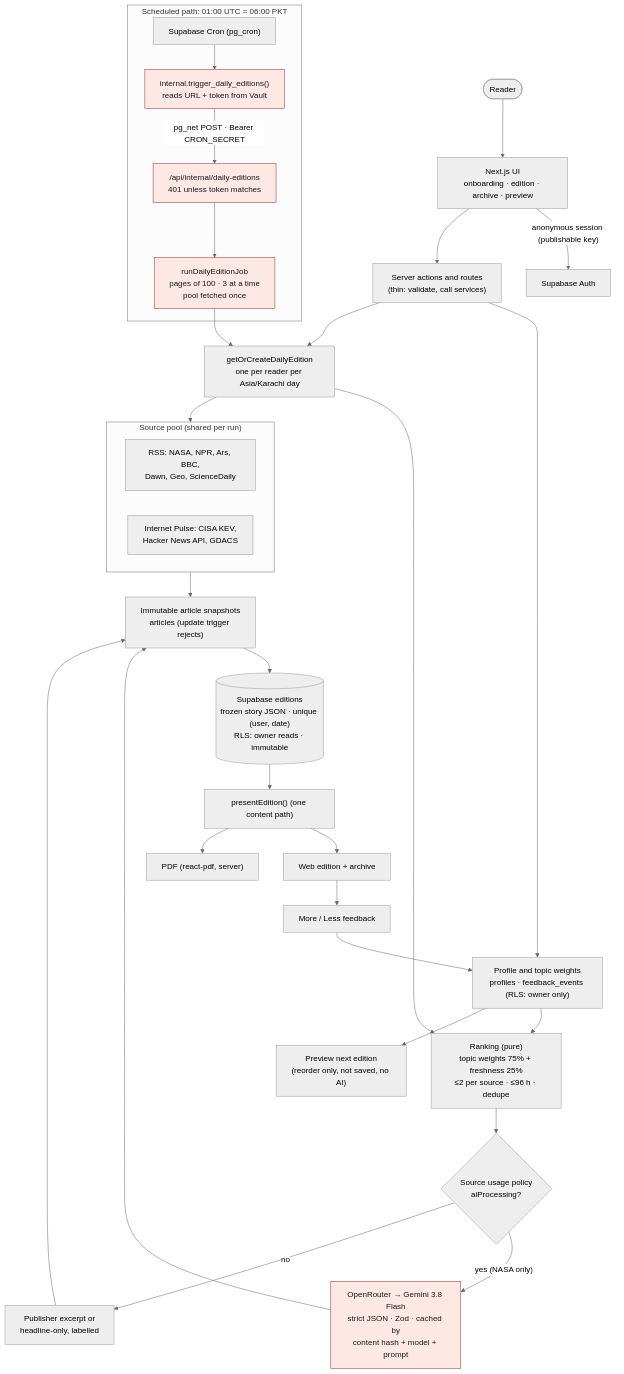
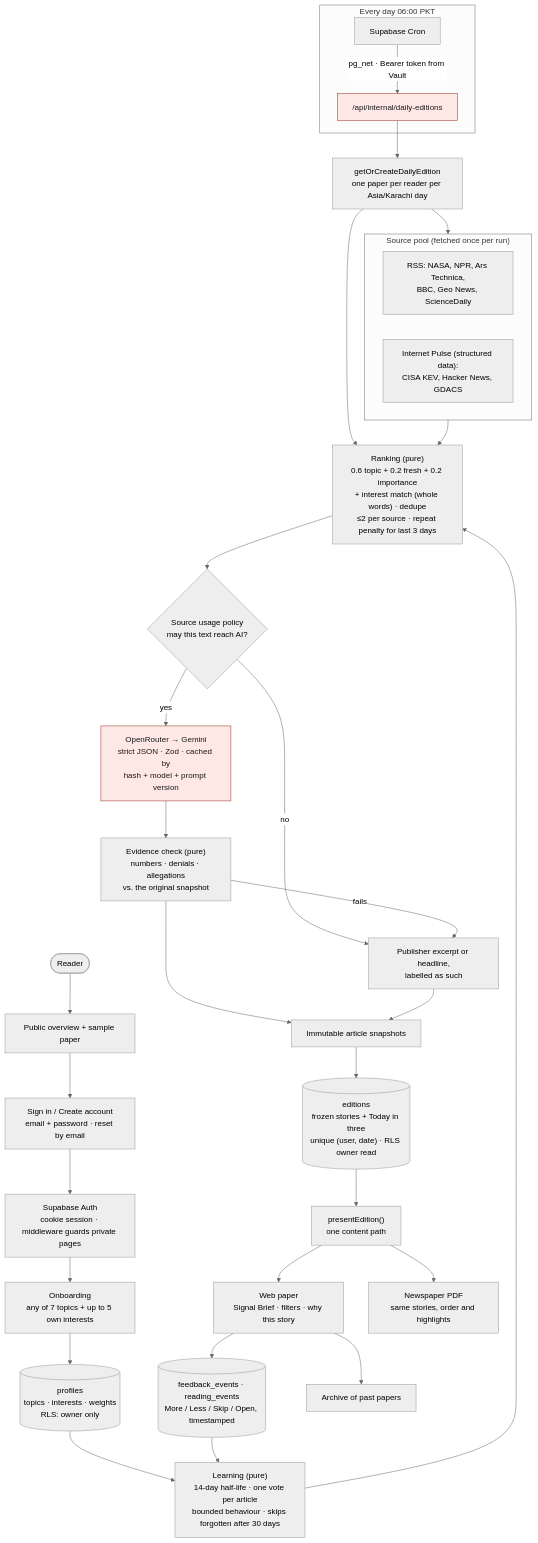
One commit to malisaqib/dayline changed the diagram in docs/architecture.md. Above: the diagram before and after it, drawn with Mermaid (neutral theme). The commit also changed other lines of this file and 3 other files, not shown here.

Commit message:
docs: update architecture, readme and loom script for the current product

````diff
--- a/docs/architecture.md
+++ b/docs/architecture.md
@@ -5,41 +5,41 @@
 ```mermaid
 flowchart TD
-    reader([Reader]) --> ui["Next.js UI<br/>onboarding · edition · archive · preview"]
-    ui -->|"anonymous session (publishable key)"| auth["Supabase Auth"]
-    ui --> actions["Server actions and routes<br/>(thin: validate, call services)"]
+    reader([Reader]) --> overview["Public overview + sample paper"]
+    overview --> signin["Sign in / Create account<br/>email + password · reset by email"]
+    signin --> auth["Supabase Auth<br/>cookie session · middleware guards private pages"]
+    auth --> onboarding["Onboarding<br/>any of 7 topics + up to 5 own interests"]
+    onboarding --> profile[("profiles<br/>topics · interests · weights<br/>RLS: owner only")]
 
-    actions --> profile["Profile and topic weights<br/>profiles · feedback_events (RLS: owner only)"]
-    actions --> gen["getOrCreateDailyEdition<br/>one per reader per Asia/Karachi day"]
-
-    subgraph sources["Source pool (shared per run)"]
-        rss["RSS: NASA, NPR, Ars, BBC,<br/>Dawn, Geo, ScienceDaily"]
-        pulse["Internet Pulse: CISA KEV,<br/>Hacker News API, GDACS"]
+    subgraph sources["Source pool (fetched once per run)"]
+        rss["RSS: NASA, NPR, Ars Technica,<br/>BBC, Geo News, ScienceDaily"]
+        pulse["Internet Pulse (structured data):<br/>CISA KEV, Hacker News, GDACS"]
     end
 
-    gen --> sources
-    gen --> rank["Ranking (pure)<br/>topic weights 75% + freshness 25%<br/>≤2 per source · ≤96 h · dedupe"]
-    profile --> rank
-    rank --> policy{"Source usage policy<br/>aiProcessing?"}
-    policy -->|"yes (NASA only)"| ai["OpenRouter → Gemini 3.8 Flash<br/>strict JSON · Zod · cached by<br/>content hash + model + prompt"]
-    policy -->|no| excerpt["Publisher excerpt or<br/>headline-only, labelled"]
-    ai --> snap
-    excerpt --> snap
-    sources --> snap["Immutable article snapshots<br/>articles (update trigger rejects)"]
-    snap --> editions[("Supabase editions<br/>frozen story JSON · unique (user, date)<br/>RLS: owner reads · immutable")]
-    editions --> present["presentEdition() (one content path)"]
-    present --> web["Web edition + archive"]
-    present --> pdf["PDF (react-pdf, server)"]
-    web --> fb["More / Less feedback"]
-    fb --> profile
-    profile --> preview["Preview next edition<br/>(reorder only, not saved, no AI)"]
+    gen["getOrCreateDailyEdition<br/>one paper per reader per Asia/Karachi day"] --> sources
+    profile --> learn
+    signals[("feedback_events · reading_events<br/>More / Less / Skip / Open, timestamped")] --> learn["Learning (pure)<br/>14-day half-life · one vote per article<br/>bounded behaviour · skips forgotten after 30 days"]
+    learn --> rank["Ranking (pure)<br/>0.6 topic + 0.2 fresh + 0.2 importance<br/>+ interest match (whole words) · dedupe<br/>≤2 per source · repeat penalty for last 3 days"]
+    sources --> rank
+    gen --> rank
+    rank --> policy{"Source usage policy<br/>may this text reach AI?"}
+    policy -->|yes| ai["OpenRouter → Gemini<br/>strict JSON · Zod · cached by<br/>hash + model + prompt version"]
+    policy -->|no| excerpt["Publisher excerpt or headline,<br/>labelled as such"]
+    ai --> evidence["Evidence check (pure)<br/>numbers · denials · allegations<br/>vs. the original snapshot"]
+    evidence -->|fails| excerpt
+    evidence --> snap
+    excerpt --> snap["Immutable article snapshots"]
+    snap --> editions[("editions<br/>frozen stories + Today in three<br/>unique (user, date) · RLS owner read")]
+    editions --> present["presentEdition()<br/>one content path"]
+    present --> web["Web paper<br/>Signal Brief · filters · why this story"]
+    present --> pdf["Newspaper PDF<br/>same stories, order and highlights"]
+    web --> signals
+    web --> archive["Archive of past papers"]
 
-    subgraph cron["Scheduled path: 01:00 UTC = 06:00 PKT"]
-        pgcron["Supabase Cron (pg_cron)"] --> trig["internal.trigger_daily_editions()<br/>reads URL + token from Vault"]
-        trig -->|"pg_net POST · Bearer CRON_SECRET"| endpoint["/api/internal/daily-editions<br/>401 unless token matches"]
-        endpoint --> job["runDailyEditionJob<br/>pages of 100 · 3 at a time<br/>pool fetched once"]
+    subgraph cron["Every day 06:00 PKT"]
+        pgcron["Supabase Cron"] -->|"pg_net · Bearer token from Vault"| endpoint["/api/internal/daily-editions"]
     end
-    job --> gen
+    endpoint --> gen
 
     classDef secret fill:#fde8e6,stroke:#9a2b1f,color:#1c1a17
-    class ai,endpoint,trig,job secret
+    class ai,endpoint secret
 ```
````
